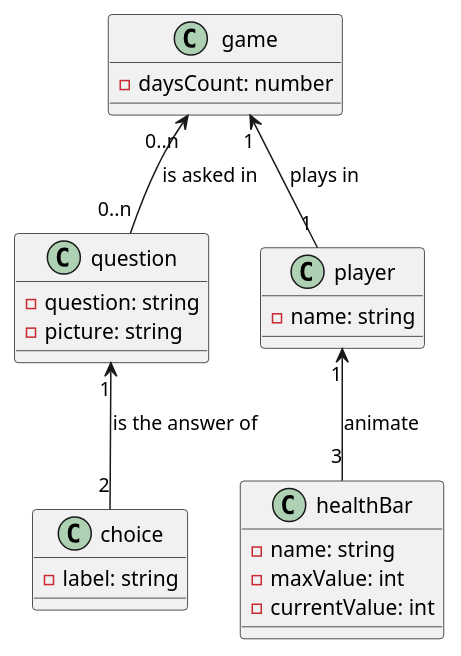
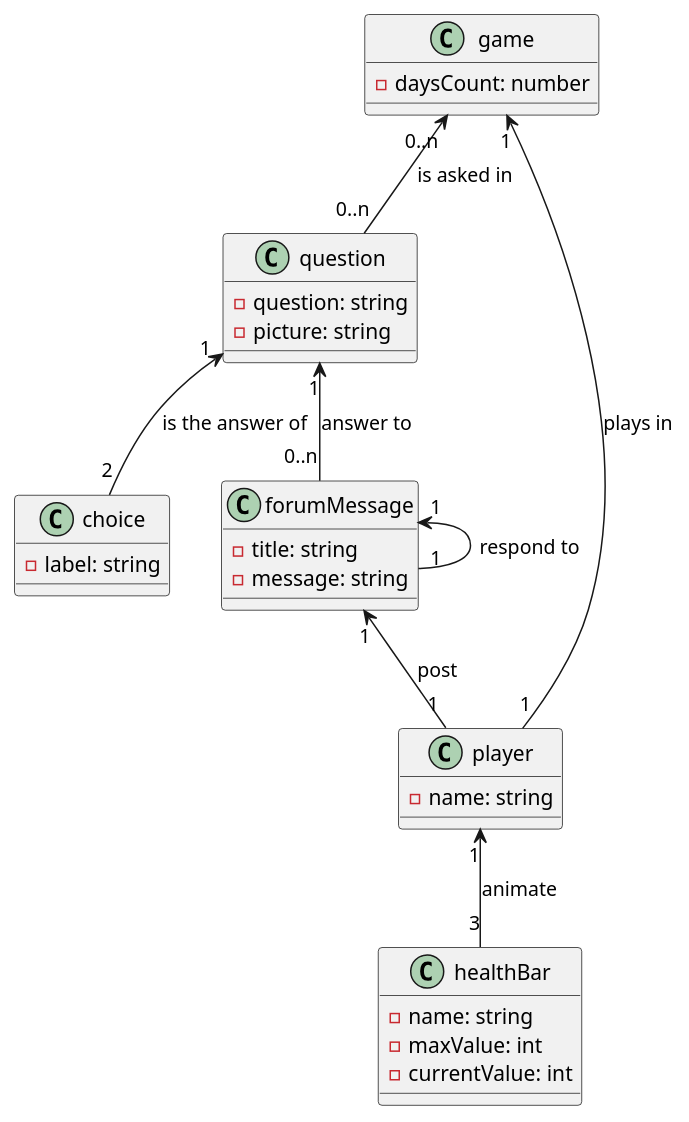
One commit to Ratiscrum-V2/rts-documents changed the diagram in ratiscrum_class_diagram.plantuml. Above: the diagram before and after it, drawn with PlantUML.

Commit message:
add classes

```diff
--- a/ratiscrum_class_diagram.plantuml
+++ b/ratiscrum_class_diagram.plantuml
@@ -1,35 +1,46 @@
 @startuml projet
 
 question "1" <-- "2" choice : is the answer of
 
 player "1" <-- "3" healthBar : animate
 
 game "1" <-- "1" player : plays in
 
 game "0..n" <-- "0..n" question : is asked in
+
+question "1" <-- "0..n" forumMessage : answer to
+
+forumMessage "1" <-- "1" player : post
+
+forumMessage "1" <-- "1" forumMessage : respond to
 
 class question {
     - question: string
     - picture: string
 }
 
 class choice {
     - label: string
 }
 
 class player {
     - name: string
 }
 
 class healthBar {
     - name: string
     - maxValue: int
     - currentValue: int
 }
 
 class game {
     - daysCount: number 
 }
 
+class forumMessage {
+    - title: string
+    - message: string
+}
+
 
 @enduml
```
